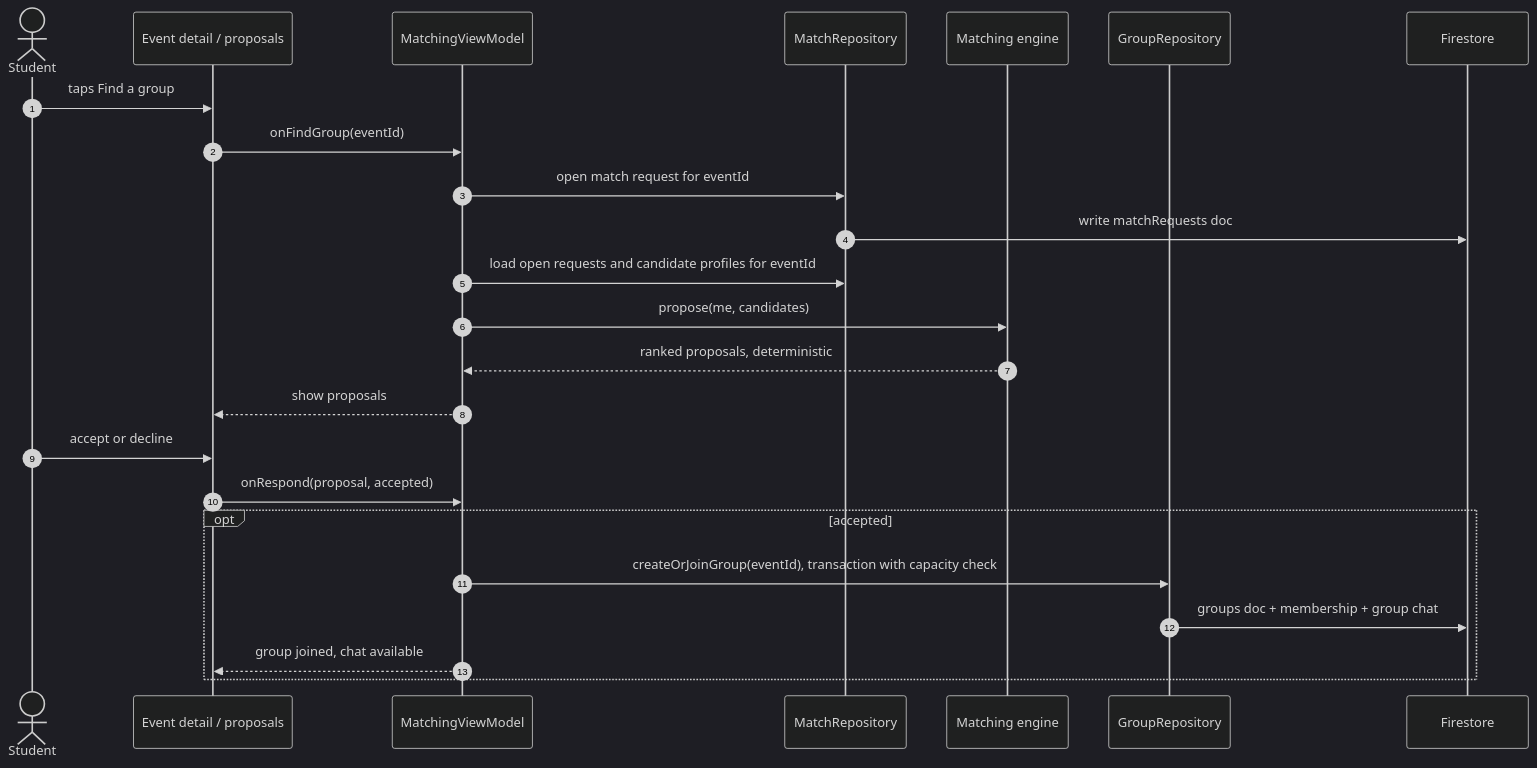
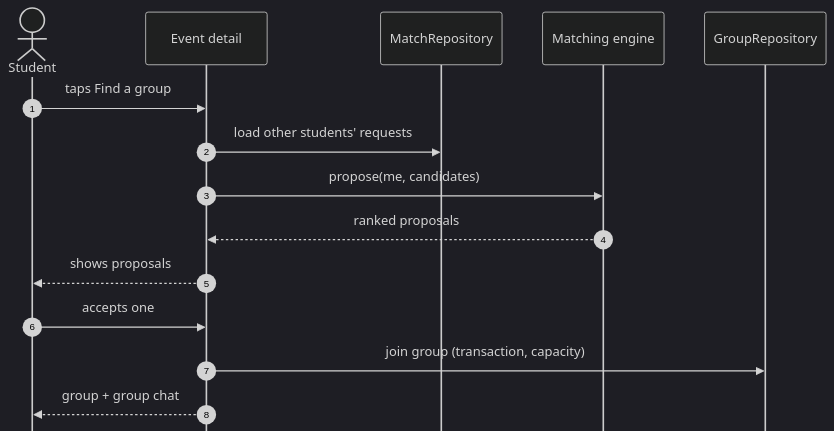
One commit to swent-polysocial/PolySocial changed the tenth of 11 diagrams in docs/Architecture-Diagram.md. Above: the diagram before and after it, drawn with Mermaid (dark theme). The commit also changed other lines of this file, not shown here.

First line of the commit message:
docs: simplify key flows and data model

````diff
--- a/docs/Architecture-Diagram.md
+++ b/docs/Architecture-Diagram.md
@@ -480,27 +459,18 @@
 ```mermaid
+%%{init: {"sequence": {"mirrorActors": false, "actorFontSize": 15, "messageFontSize": 15, "noteFontSize": 14}}}%%
 sequenceDiagram
   autonumber
   actor S as Student
-  participant UI as Event detail / proposals
-  participant VM as MatchingViewModel
+  participant App as Event detail
   participant MR as MatchRepository
   participant ME as Matching engine
   participant GR as GroupRepository
-  participant FS as Firestore
-
-  S->>UI: taps Find a group
-  UI->>VM: onFindGroup(eventId)
-  VM->>MR: open match request for eventId
-  MR->>FS: write matchRequests doc
-  VM->>MR: load open requests and candidate profiles for eventId
-  VM->>ME: propose(me, candidates)
-  ME-->>VM: ranked proposals, deterministic
-  VM-->>UI: show proposals
-  S->>UI: accept or decline
-  UI->>VM: onRespond(proposal, accepted)
-  opt accepted
-    VM->>GR: createOrJoinGroup(eventId), transaction with capacity check
-    GR->>FS: groups doc + membership + group chat
-    VM-->>UI: group joined, chat available
-  end
+  S->>App: taps Find a group
+  App->>MR: load other students' requests
+  App->>ME: propose(me, candidates)
+  ME-->>App: ranked proposals
+  App-->>S: shows proposals
+  S->>App: accepts one
+  App->>GR: join group (transaction, capacity)
+  App-->>S: group + group chat
 ```
````
